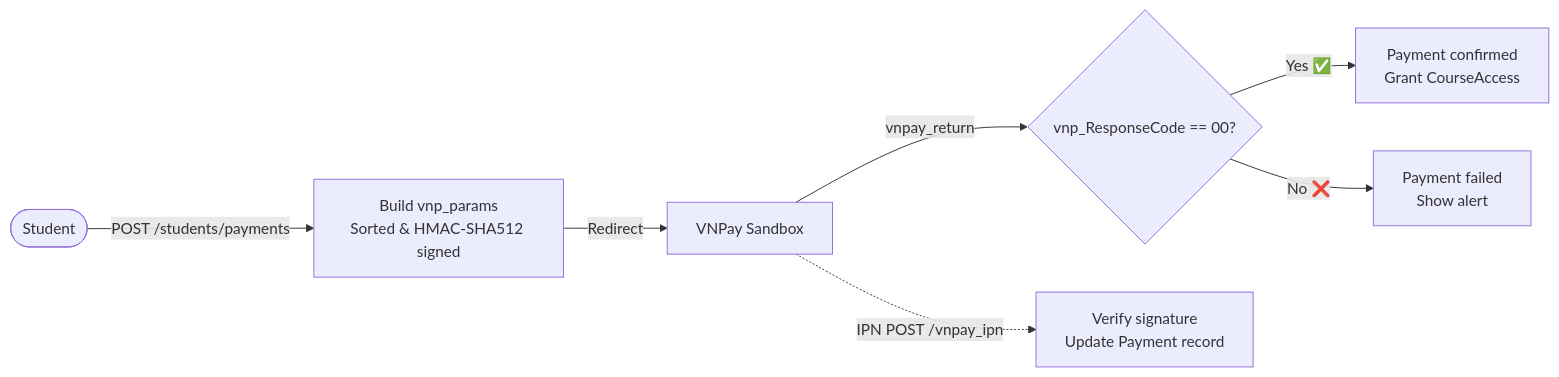
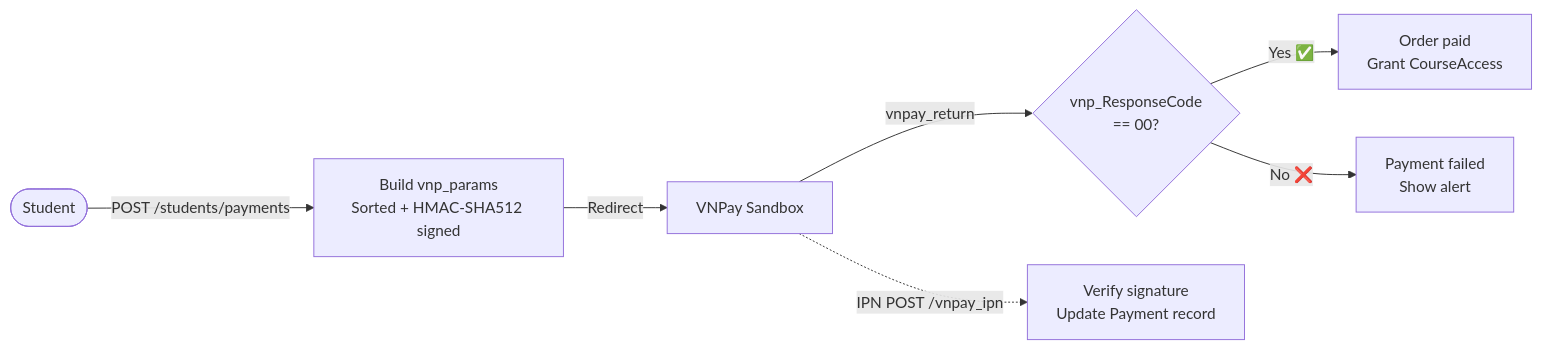
Before and after one commit to ThiPhu210/IELTS_LEARNING_PLATFORM: the eighth of 10 diagrams in README.md, drawn with Mermaid. The commit also changed other lines of this file, not shown here.

````diff
--- a/README.md
+++ b/README.md
@@ -415,9 +697,9 @@
 ```mermaid
 flowchart LR
-    A([Student]) -->|POST /students/payments| B[Build vnp_params\nSorted & HMAC-SHA512 signed]
+    A([Student]) -->|POST /students/payments| B["Build vnp_params\nSorted + HMAC-SHA512 signed"]
     B -->|Redirect| C[VNPay Sandbox]
-    C -->|vnpay_return| D{vnp_ResponseCode == 00?}
-    D -->|Yes ✅| E[Payment confirmed\nGrant CourseAccess]
-    D -->|No ❌| F[Payment failed\nShow alert]
-    C -.->|IPN POST /vnpay_ipn| G[Verify signature\nUpdate Payment record]
+    C -->|vnpay_return| D{"vnp_ResponseCode\n== 00?"}
+    D -->|Yes ✅| E["Order paid\nGrant CourseAccess"]
+    D -->|No ❌| F["Payment failed\nShow alert"]
+    C -.->|"IPN POST /vnpay_ipn"| G["Verify signature\nUpdate Payment record"]
 ```
````
